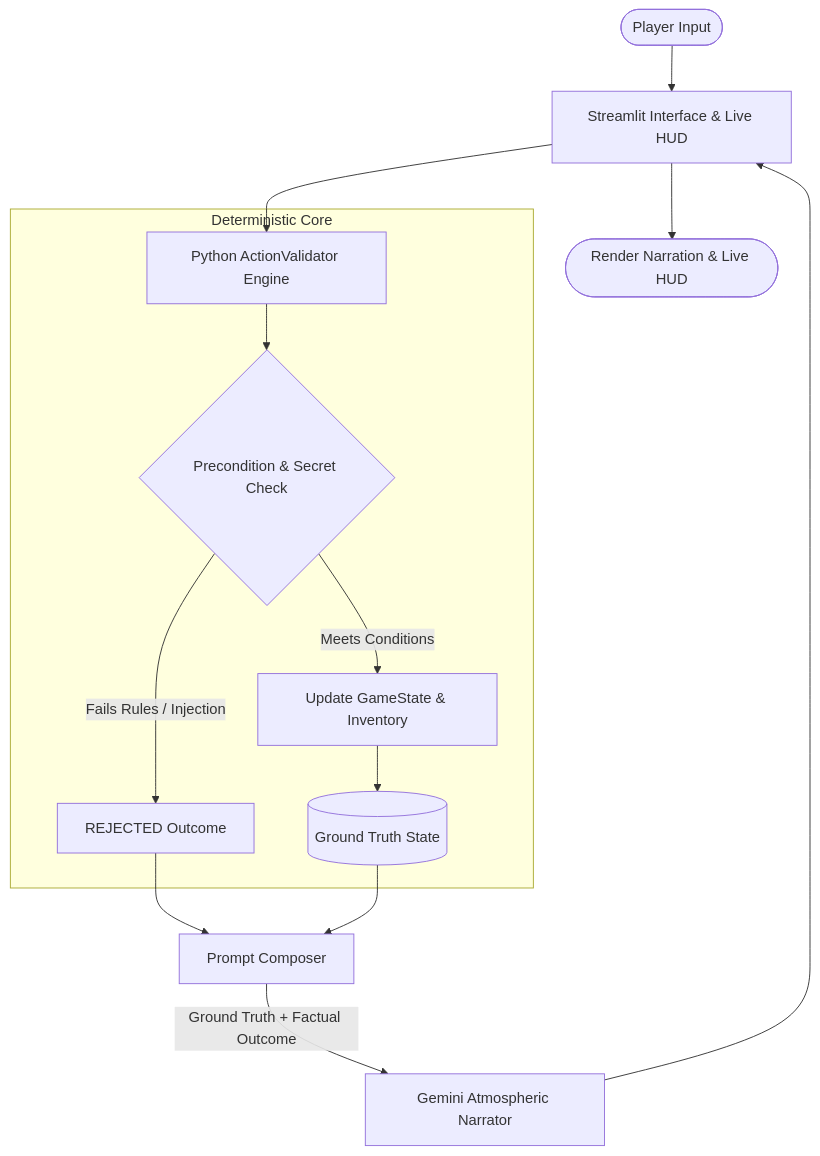
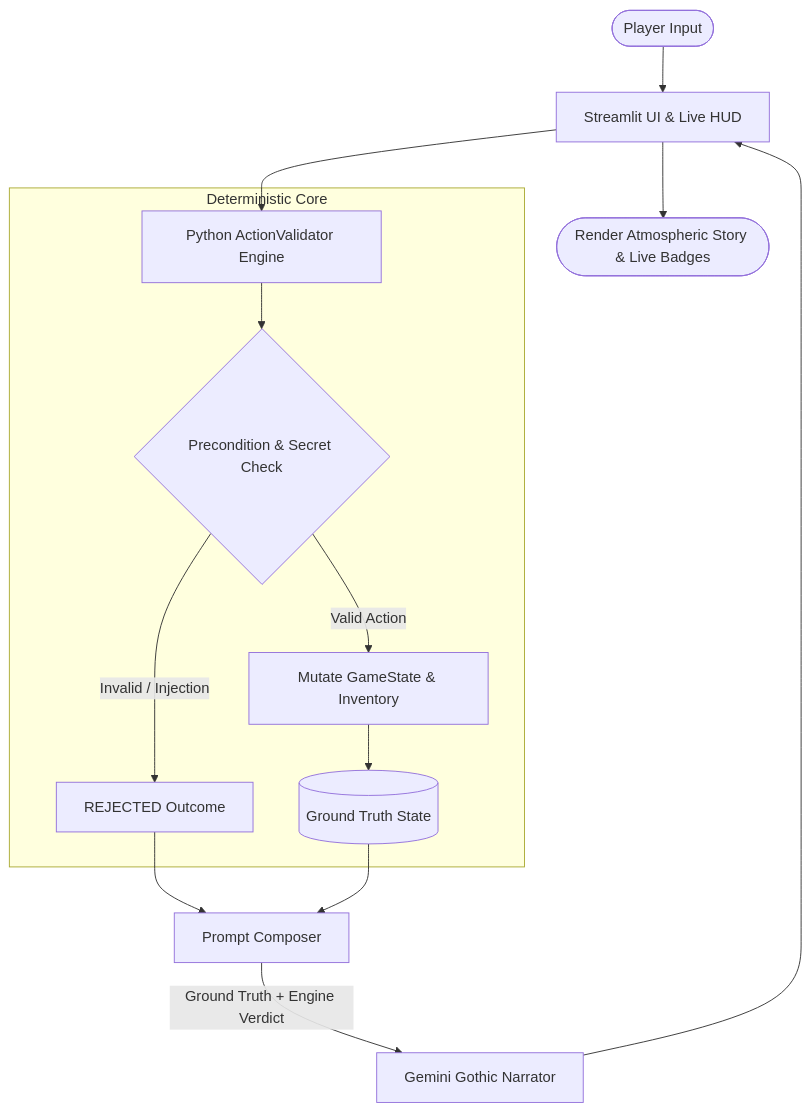
One commit to dimpleparmar35/AI-Escape-Room changed the second of 2 diagrams in REPORT.md. Above: the diagram before and after it, drawn with Mermaid. The commit also changed other lines of this file and 9 other files, not shown here.

````diff
--- a/REPORT.md
+++ b/REPORT.md
@@ -78,19 +74,18 @@
 ```mermaid
 flowchart TD
-    Player([Player Input]) --> UI[Streamlit Interface & Live HUD]
+    Player([Player Input]) --> UI[Streamlit UI & Live HUD]
     UI --> Validator[Python ActionValidator Engine]
     
     subgraph Deterministic Core
         Validator --> Precheck{Precondition & Secret Check}
-        Precheck -->|Fails Rules / Injection| RejectTag[REJECTED Outcome]
-        Precheck -->|Meets Conditions| MutateState[Update GameState & Inventory]
-        MutateState --> TruthState[(Ground Truth State)]
+        Precheck -->|Invalid / Injection| RejectTag[REJECTED Outcome]
+        Precheck -->|Valid Action| Mutate[Mutate GameState & Inventory]
+        Mutate --> GroundTruth[(Ground Truth State)]
     end
     
     RejectTag --> Composer[Prompt Composer]
-    TruthState --> Composer
-    
-    Composer -->|Ground Truth + Factual Outcome| LLMNarrator[Gemini Atmospheric Narrator]
+    GroundTruth --> Composer
+    Composer -->|Ground Truth + Engine Verdict| LLMNarrator[Gemini Gothic Narrator]
     LLMNarrator --> UI
-    UI --> Display([Render Narration & Live HUD])
+    UI --> Display([Render Atmospheric Story & Live Badges])
 ```
````
